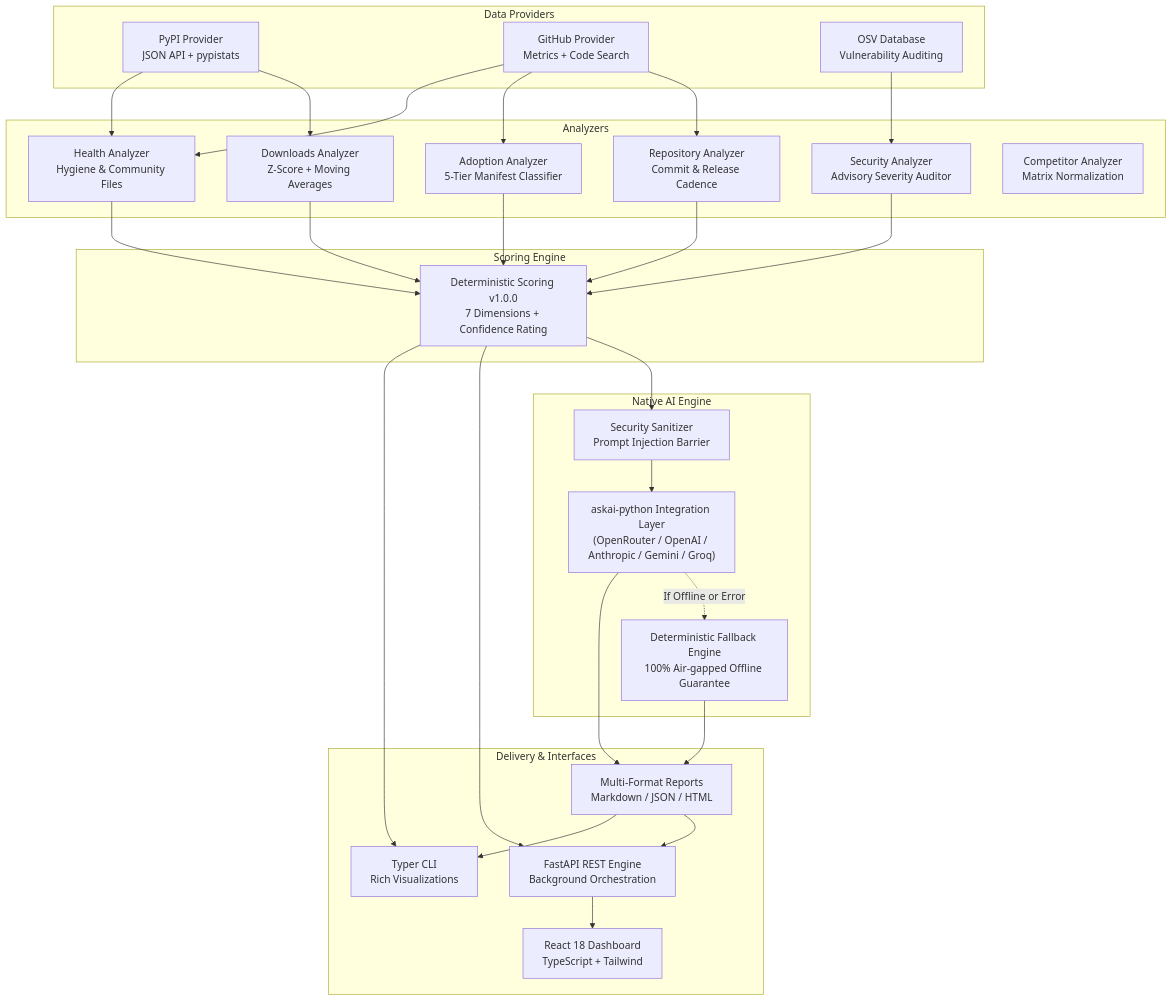
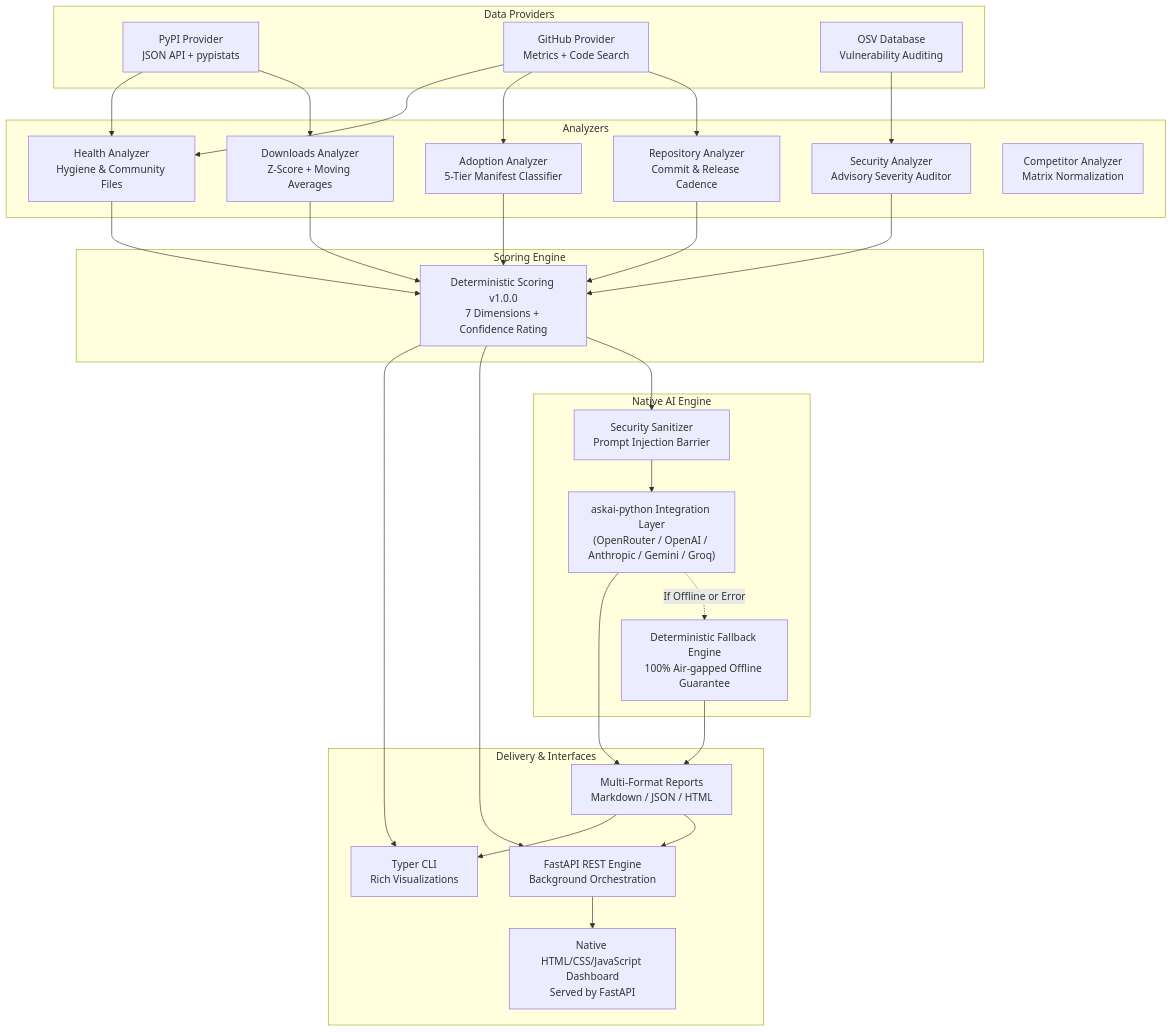
One commit to Hosseinghorbani0/LibScope changed the diagram in README.md. Above: the diagram before and after it, drawn with Mermaid. The commit also changed other lines of this file, not shown here.

````diff
--- a/README.md
+++ b/README.md
@@ -62,59 +62,59 @@
 ```mermaid
 flowchart TD
     subgraph Data Providers
         PyPI[PyPI Provider<br/>JSON API + pypistats]
         GH[GitHub Provider<br/>Metrics + Code Search]
         OSV[OSV Database<br/>Vulnerability Auditing]
     end
 
     subgraph Analyzers
         DL[Downloads Analyzer<br/>Z-Score + Moving Averages]
         Repo[Repository Analyzer<br/>Commit & Release Cadence]
         Adopt[Adoption Analyzer<br/>5-Tier Manifest Classifier]
         Health[Health Analyzer<br/>Hygiene & Community Files]
         Sec[Security Analyzer<br/>Advisory Severity Auditor]
         Comp[Competitor Analyzer<br/>Matrix Normalization]
     end
 
     subgraph Scoring Engine
         Score[Deterministic Scoring v1.0.0<br/>7 Dimensions + Confidence Rating]
     end
 
     subgraph Native AI Engine
         AskAI["askai-python Integration Layer<br/>(OpenRouter / OpenAI / Anthropic / Gemini / Groq)"]
         Sanitize[Security Sanitizer<br/>Prompt Injection Barrier]
         Fallback[Deterministic Fallback Engine<br/>100% Air-gapped Offline Guarantee]
     end
 
     subgraph Delivery & Interfaces
         CLI[Typer CLI<br/>Rich Visualizations]
         API[FastAPI REST Engine<br/>Background Orchestration]
-        UI[React 18 Dashboard<br/>TypeScript + Tailwind]
+        UI[Native HTML/CSS/JavaScript Dashboard<br/>Served by FastAPI]
         Reports[Multi-Format Reports<br/>Markdown / JSON / HTML]
     end
 
     PyPI --> DL
     PyPI --> Health
     GH --> Repo
     GH --> Adopt
     GH --> Health
     OSV --> Sec
 
     DL --> Score
     Repo --> Score
     Adopt --> Score
     Health --> Score
     Sec --> Score
 
     Score --> Sanitize
     Sanitize --> AskAI
     AskAI -.->|If Offline or Error| Fallback
     AskAI --> Reports
     Fallback --> Reports
 
     Score --> API
     Score --> CLI
     Reports --> API
     Reports --> CLI
     API --> UI
 ```
````
